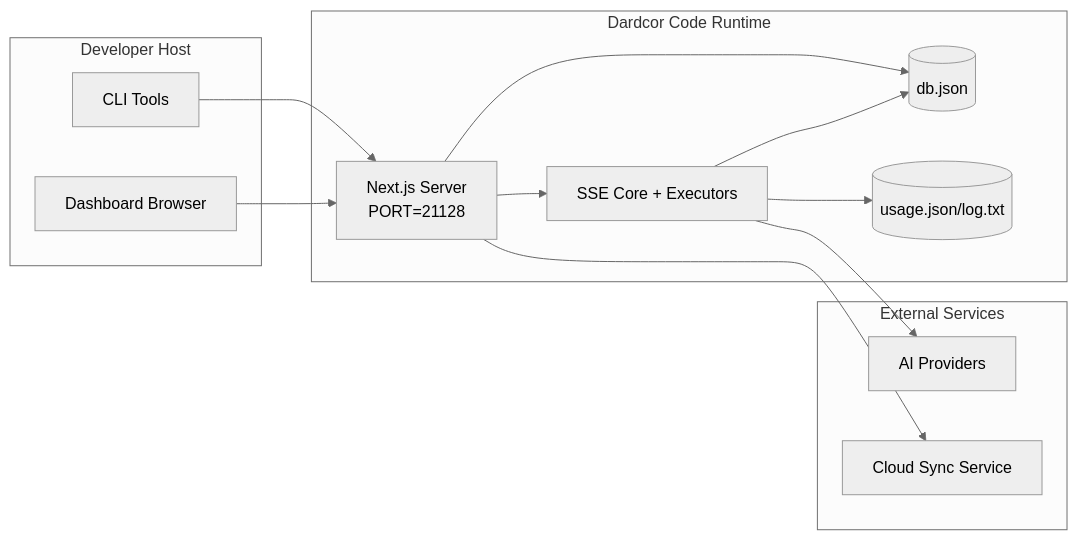
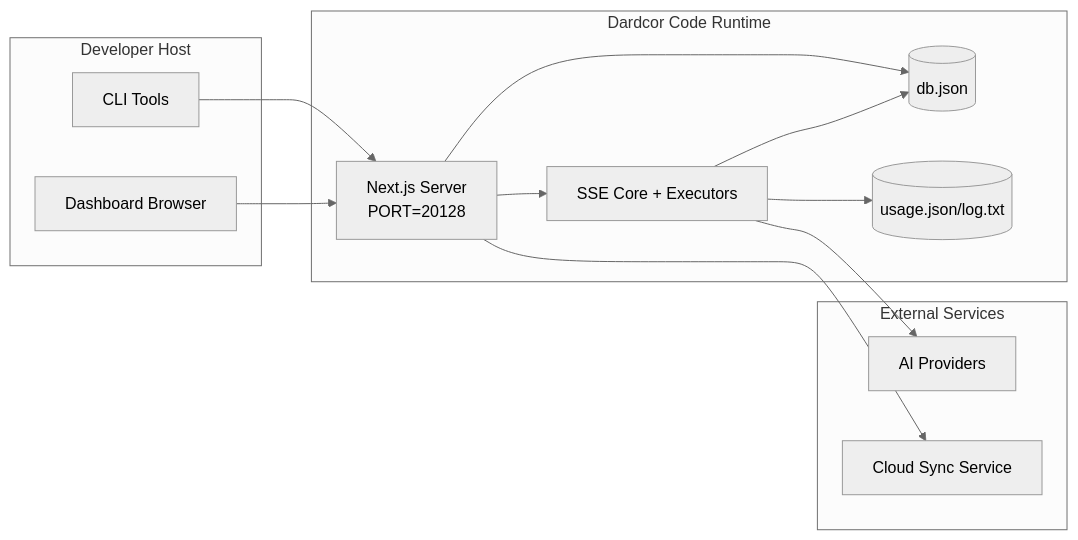
One commit to Dardcor/Dardcor-Code changed the seventh of 7 diagrams in .dardcor-provider/docs/ARCHITECTURE.md. Above: the diagram before and after it, drawn with Mermaid (neutral theme). The commit also changed other lines of this file and 311 other files, not shown here.

````diff
--- a/.dardcor-provider/docs/ARCHITECTURE.md
+++ b/.dardcor-provider/docs/ARCHITECTURE.md
@@ -387,28 +387,28 @@
 ```mermaid
 flowchart LR
     subgraph LocalHost[Developer Host]
         CLI[CLI Tools]
         Browser[Dashboard Browser]
     end
 
     subgraph ContainerOrProcess[Dardcor Code Runtime]
-        Next[Next.js Server\nPORT=21128]
+        Next[Next.js Server\nPORT=20128]
         Core[SSE Core + Executors]
         MainDB[(db.json)]
         UsageDB[(usage.json/log.txt)]
     end
 
     subgraph External[External Services]
         Providers[AI Providers]
         SyncCloud[Cloud Sync Service]
     end
 
     CLI --> Next
     Browser --> Next
     Next --> Core
     Next --> MainDB
     Core --> MainDB
     Core --> UsageDB
     Core --> Providers
     Next --> SyncCloud
 ```
````
